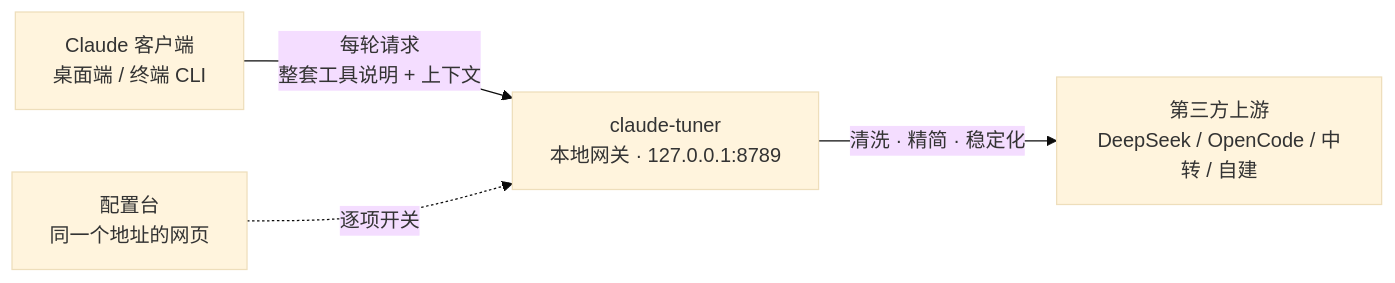
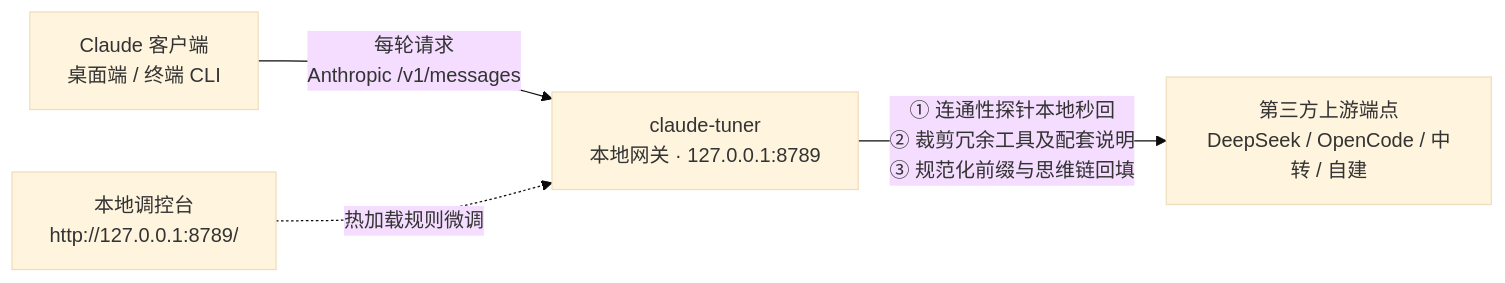
Before and after one commit to ls-open/claude-tuner: the diagram in README.md, drawn with Mermaid (base theme). The commit also changed other lines of this file and 5 other files, not shown here.

Commit message:
docs(claude-tuner): 重构公开 README、对齐 WebUI 标语并补齐开源社区规范与导出工具

````diff
--- a/README.md
+++ b/README.md
@@ -40,6 +72,6 @@
 ```mermaid
 flowchart LR
-    C["Claude 客户端<br/>桌面端 / 终端 CLI"] -->|"每轮请求<br/>整套工具说明 + 上下文"| G["claude-tuner<br/>本地网关 · 127.0.0.1:8789"]
-    G -->|"清洗 · 精简 · 稳定化"| U["第三方上游<br/>DeepSeek / OpenCode / 中转 / 自建"]
-    W["配置台<br/>同一个地址的网页"] -.->|"逐项开关"| G
+    C["Claude 客户端<br/>桌面端 / 终端 CLI"] -->|"每轮请求<br/>Anthropic /v1/messages"| G["claude-tuner<br/>本地网关 · 127.0.0.1:8789"]
+    G -->|"① 连通性探针本地秒回<br/>② 裁剪冗余工具及配套说明<br/>③ 规范化前缀与思维链回填"| U["第三方上游端点<br/>DeepSeek / OpenCode / 中转 / 自建"]
+    W["本地调控台<br/>http://127.0.0.1:8789/"] -.->|"热加载规则微调"| G
 ```
````
